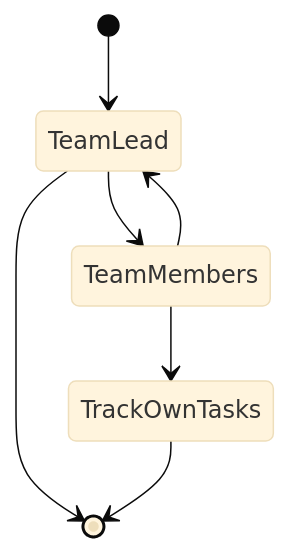
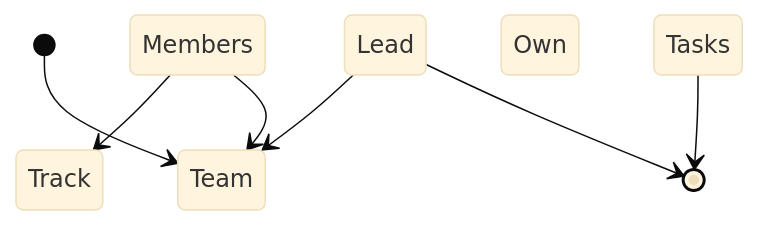
Before and after one commit to ChoonKeeGohJQ/EGL314-TeamA-ProjectSpace: the diagram in README.md, drawn with Mermaid (base theme).

````diff
--- a/README.md
+++ b/README.md
@@ -3,10 +3,10 @@
 ```mermaid
 stateDiagram
-    [*] --> TeamLead
-    TeamLead --> [*]
+    [*] --> Team Lead
+    Team Lead --> [*]
 
-    TeamLead --> TeamMembers
-    TeamMembers --> TeamLead
-    TeamMembers --> TrackOwnTasks
-    TrackOwnTasks --> [*]
+    Team Lead --> Team Members
+    Team Members --> Team Lead
+    Team Members --> Track Own Tasks
+    Track Own Tasks --> [*]
 ```
````
